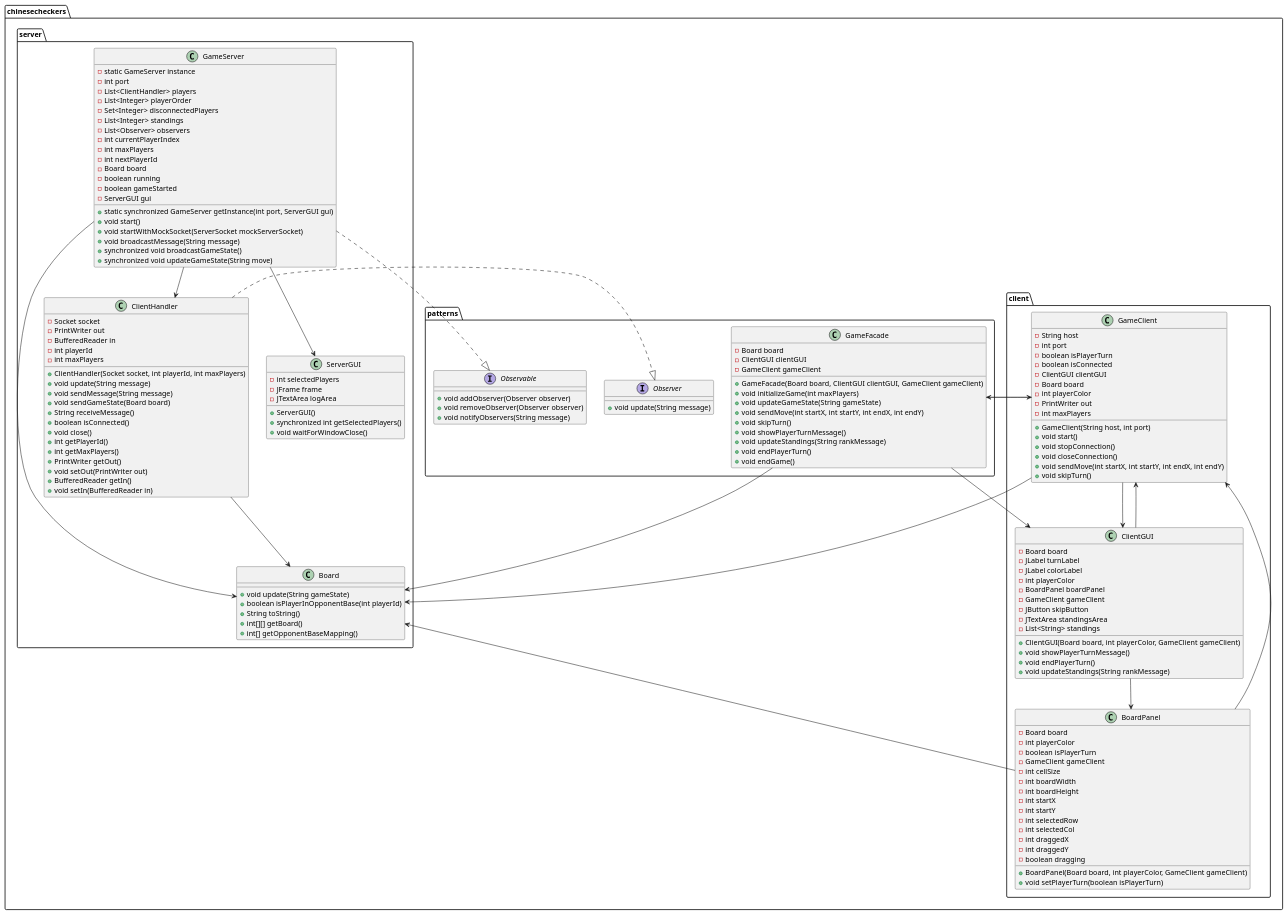
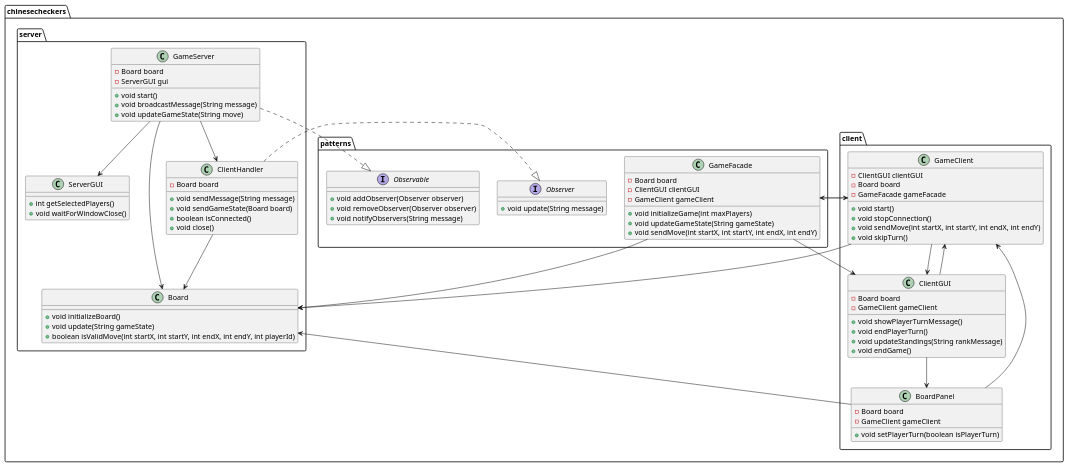
One commit to rufiik/chinesecheckers2 changed the diagram in DiagramKlas.puml. Above: the diagram before and after it, drawn with PlantUML.

Commit message:
Diagram poprawki

```diff
--- a/DiagramKlas.puml
+++ b/DiagramKlas.puml
@@ -1,167 +1,97 @@
 @startuml DiagramKlas
 
 package chinesecheckers.client {
     class GameClient {
-        - String host
-        - int port
-        - boolean isPlayerTurn
-        - boolean isConnected
         - ClientGUI clientGUI
         - Board board
-        - int playerColor
-        - PrintWriter out
-        - int maxPlayers
-        + GameClient(String host, int port)
+        - GameFacade gameFacade
         + void start()
         + void stopConnection()
-        + void closeConnection()
         + void sendMove(int startX, int startY, int endX, int endY)
         + void skipTurn()
     }
 
     class ClientGUI {
         - Board board
-        - JLabel turnLabel
-        - JLabel colorLabel
-        - int playerColor
-        - BoardPanel boardPanel
         - GameClient gameClient
-        - JButton skipButton
-        - JTextArea standingsArea
-        - List<String> standings
-        + ClientGUI(Board board, int playerColor, GameClient gameClient)
         + void showPlayerTurnMessage()
         + void endPlayerTurn()
         + void updateStandings(String rankMessage)
+        + void endGame()
     }
 
     class BoardPanel {
         - Board board
-        - int playerColor
-        - boolean isPlayerTurn
         - GameClient gameClient
-        - int cellSize
-        - int boardWidth
-        - int boardHeight
-        - int startX
-        - int startY
-        - int selectedRow
-        - int selectedCol
-        - int draggedX
-        - int draggedY
-        - boolean dragging
-        + BoardPanel(Board board, int playerColor, GameClient gameClient)
         + void setPlayerTurn(boolean isPlayerTurn)
     }
 }
 
 package chinesecheckers.server {
     class GameServer {
-        - static GameServer instance
-        - int port
-        - List<ClientHandler> players
-        - List<Integer> playerOrder
-        - Set<Integer> disconnectedPlayers
-        - List<Integer> standings
-        - List<Observer> observers
-        - int currentPlayerIndex
-        - int maxPlayers
-        - int nextPlayerId
         - Board board
-        - boolean running
-        - boolean gameStarted
         - ServerGUI gui
-        + static synchronized GameServer getInstance(int port, ServerGUI gui)
         + void start()
-        + void startWithMockSocket(ServerSocket mockServerSocket)
         + void broadcastMessage(String message)
-        + synchronized void broadcastGameState()
-        + synchronized void updateGameState(String move)
+        + void updateGameState(String move)
     }
 
     class ClientHandler {
-        - Socket socket
-        - PrintWriter out
-        - BufferedReader in
-        - int playerId
-        - int maxPlayers
-        + ClientHandler(Socket socket, int playerId, int maxPlayers)
-        + void update(String message)
+        - Board board
         + void sendMessage(String message)
         + void sendGameState(Board board)
-        + String receiveMessage()
         + boolean isConnected()
         + void close()
-        + int getPlayerId()
-        + int getMaxPlayers()
-        + PrintWriter getOut()
-        + void setOut(PrintWriter out)
-        + BufferedReader getIn()
-        + void setIn(BufferedReader in)
+    }
+
+    class Board {
+        + void initializeBoard()
+        + void update(String gameState)
+        + boolean isValidMove(int startX, int startY, int endX, int endY, int playerId)
     }
 
     class ServerGUI {
-        - int selectedPlayers
-        - JFrame frame
-        - JTextArea logArea
-        + ServerGUI()
-        + synchronized int getSelectedPlayers()
+        + int getSelectedPlayers()
         + void waitForWindowClose()
-    }
-
-    class Board {
-        + void update(String gameState)
-        + boolean isPlayerInOpponentBase(int playerId)
-        + String toString()
-        + int[][] getBoard()
-        + int[] getOpponentBaseMapping()
     }
 }
 
 package chinesecheckers.patterns {
     class GameFacade {
         - Board board
         - ClientGUI clientGUI
         - GameClient gameClient
-        + GameFacade(Board board, ClientGUI clientGUI, GameClient gameClient)
         + void initializeGame(int maxPlayers)
         + void updateGameState(String gameState)
         + void sendMove(int startX, int startY, int endX, int endY)
-        + void skipTurn()
-        + void showPlayerTurnMessage()
-        + void updateStandings(String rankMessage)
-        + void endPlayerTurn()
-        + void endGame()
     }
 
     interface Observable {
         + void addObserver(Observer observer)
         + void removeObserver(Observer observer)
         + void notifyObservers(String message)
     }
 
     interface Observer {
         + void update(String message)
     }
 }
 
-
-
 GameClient --> ClientGUI
 GameClient --> Board
 GameClient --> GameFacade
 ClientGUI --> BoardPanel
 ClientGUI --> GameClient
 BoardPanel --> Board
 BoardPanel --> GameClient
 GameServer --> ClientHandler
 GameServer --> Board
 GameServer --> ServerGUI
 ClientHandler --> Board
-GameServer ..|> Observable
-ClientHandler ..|> Observer
 GameFacade --> Board
 GameFacade --> ClientGUI
 GameFacade --> GameClient
+GameServer ..|> Observable
+ClientHandler ..|> Observer
 
 @enduml
```
